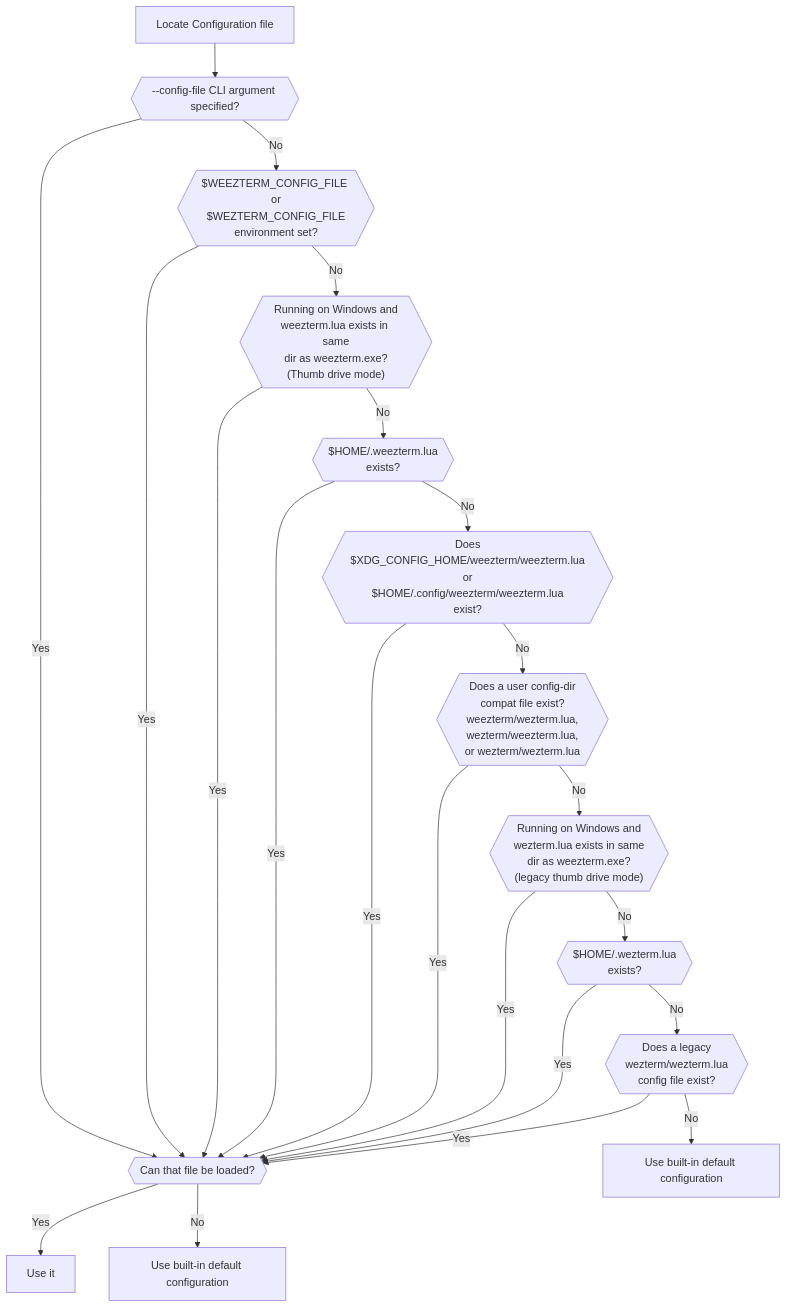
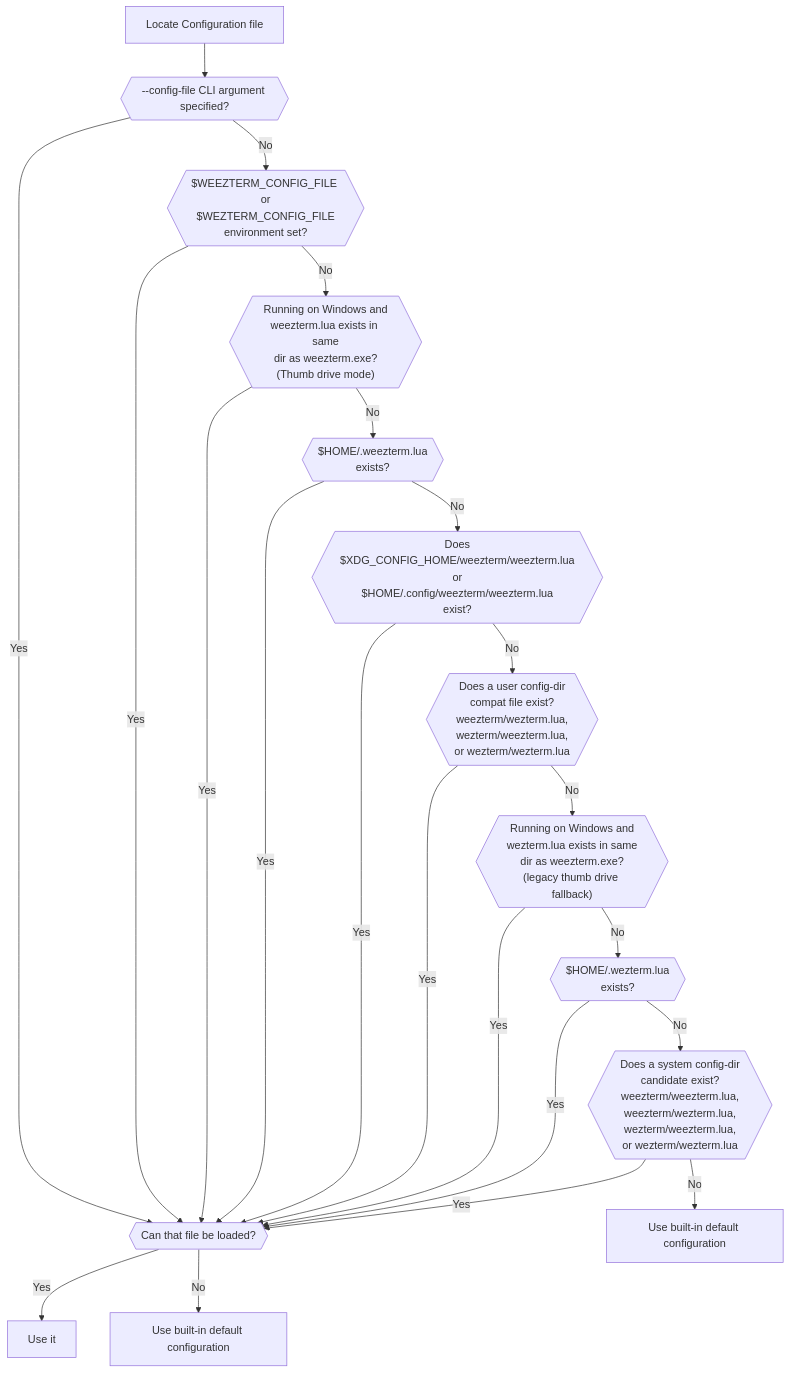
One commit to vicondoa/weezterm changed the diagram in docs/config/files.md. Above: the diagram before and after it, drawn with Mermaid. The commit also changed other lines of this file and 2 other files, not shown here.

````diff
--- a/docs/config/files.md
+++ b/docs/config/files.md
@@ -65,24 +65,24 @@
 ```mermaid
 graph TD
   X[Locate Configuration file] --> A{{--config-file CLI argument specified?}}
   A -->|Yes| B{{Can that file be loaded?}}
   B -->|Yes| C[Use it]
   B -->|No| D[Use built-in default configuration]
   A -->|No| E{{$WEEZTERM_CONFIG_FILE or<br/>$WEZTERM_CONFIG_FILE<br/>environment set?}}
   E -->|Yes| B
   E -->|No| F{{"Running on Windows and<br/>weezterm.lua exists in same<br/>dir as weezterm.exe?<br/>(Thumb drive mode)"}}
   F -->|Yes| B
   F -->|No| G{{"$HOME/.weezterm.lua<br/>exists?"}}
   G -->|Yes| B
   G -->|No| H{{Does<br/>$XDG_CONFIG_HOME/weezterm/weezterm.lua<br/>or<br/>$HOME/.config/weezterm/weezterm.lua<br/>exist?}}
   H -->|Yes| B
   H -->|No| H2{{Does a user config-dir<br/>compat file exist?<br/>weezterm/wezterm.lua,<br/>wezterm/weezterm.lua,<br/>or wezterm/wezterm.lua}}
   H2 -->|Yes| B
-  H2 -->|No| I{{"Running on Windows and<br/>wezterm.lua exists in same<br/>dir as weezterm.exe?<br/>(legacy thumb drive mode)"}}
+  H2 -->|No| I{{"Running on Windows and<br/>wezterm.lua exists in same<br/>dir as weezterm.exe?<br/>(legacy thumb drive fallback)"}}
   I -->|Yes| B
   I -->|No| J{{"$HOME/.wezterm.lua<br/>exists?"}}
   J -->|Yes| B
-  J -->|No| K{{Does a legacy<br/>wezterm/wezterm.lua<br/>config file exist?}}
+  J -->|No| K{{Does a system config-dir<br/>candidate exist?<br/>weezterm/weezterm.lua,<br/>weezterm/wezterm.lua,<br/>wezterm/weezterm.lua,<br/>or wezterm/wezterm.lua}}
   K -->|Yes| B
   K -->|No| L[Use built-in default configuration]
 ```
````
